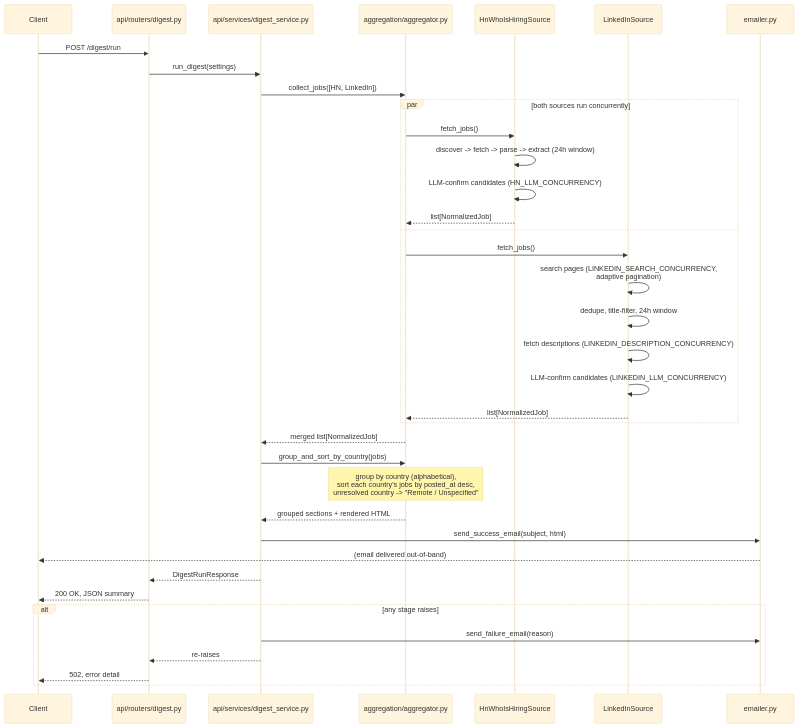
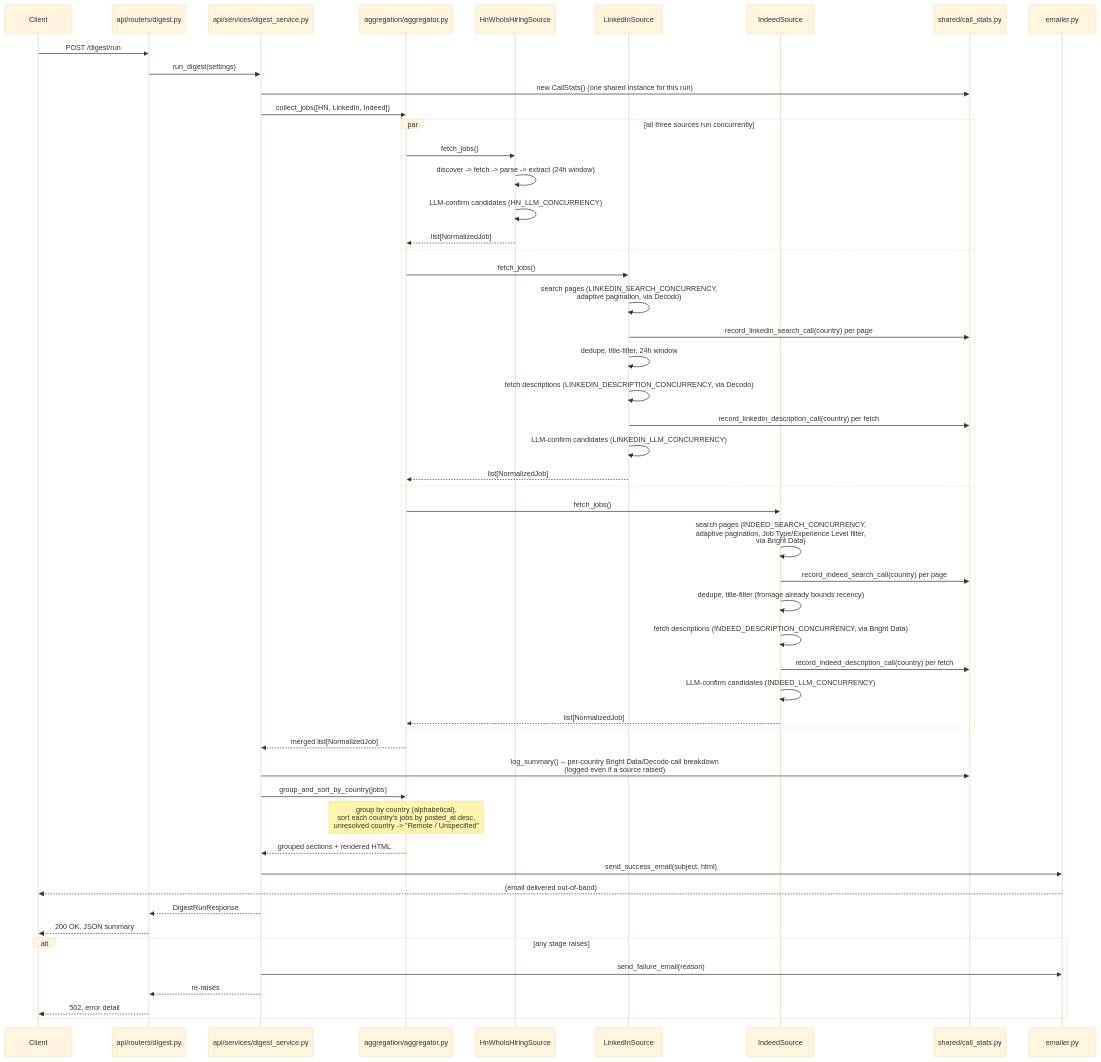
The second of 2 diagrams in ARCHITECTURE.md (shubham-arora-18/visa_jobs_service), drawn with Mermaid (base theme) before and after one commit. The commit also changed other lines of this file and 43 other files, not shown here.

First line of the commit message:
Add Indeed as a third job source (via Bright Data) with a combined call-stats tracker

````diff
--- a/ARCHITECTURE.md
+++ b/ARCHITECTURE.md
@@ -84,41 +108,56 @@
 ```mermaid
 sequenceDiagram
     participant Client
     participant Router as api/routers/digest.py
     participant Service as api/services/digest_service.py
     participant Agg as aggregation/aggregator.py
     participant HN as HnWhoIsHiringSource
     participant LI as LinkedInSource
+    participant IN as IndeedSource
+    participant Stats as shared/call_stats.py
     participant Mail as emailer.py
 
     Client->>Router: POST /digest/run
     Router->>Service: run_digest(settings)
-    Service->>Agg: collect_jobs([HN, LinkedIn])
-    par both sources run concurrently
+    Service->>Stats: new CallStats() (one shared instance for this run)
+    Service->>Agg: collect_jobs([HN, LinkedIn, Indeed])
+    par all three sources run concurrently
         Agg->>HN: fetch_jobs()
         HN->>HN: discover -> fetch -> parse -> extract (24h window)
         HN->>HN: LLM-confirm candidates (HN_LLM_CONCURRENCY)
         HN-->>Agg: list[NormalizedJob]
     and
         Agg->>LI: fetch_jobs()
-        LI->>LI: search pages (LINKEDIN_SEARCH_CONCURRENCY,<br/>adaptive pagination)
+        LI->>LI: search pages (LINKEDIN_SEARCH_CONCURRENCY,<br/>adaptive pagination, via Decodo)
+        LI->>Stats: record_linkedin_search_call(country) per page
         LI->>LI: dedupe, title-filter, 24h window
-        LI->>LI: fetch descriptions (LINKEDIN_DESCRIPTION_CONCURRENCY)
+        LI->>LI: fetch descriptions (LINKEDIN_DESCRIPTION_CONCURRENCY, via Decodo)
+        LI->>Stats: record_linkedin_description_call(country) per fetch
         LI->>LI: LLM-confirm candidates (LINKEDIN_LLM_CONCURRENCY)
         LI-->>Agg: list[NormalizedJob]
+    and
+        Agg->>IN: fetch_jobs()
+        IN->>IN: search pages (INDEED_SEARCH_CONCURRENCY,<br/>adaptive pagination, Job Type/Experience Level filter,<br/>via Bright Data)
+        IN->>Stats: record_indeed_search_call(country) per page
+        IN->>IN: dedupe, title-filter (fromage already bounds recency)
+        IN->>IN: fetch descriptions (INDEED_DESCRIPTION_CONCURRENCY, via Bright Data)
+        IN->>Stats: record_indeed_description_call(country) per fetch
+        IN->>IN: LLM-confirm candidates (INDEED_LLM_CONCURRENCY)
+        IN-->>Agg: list[NormalizedJob]
     end
     Agg-->>Service: merged list[NormalizedJob]
+    Service->>Stats: log_summary() -- per-country Bright Data/Decodo call breakdown<br/>(logged even if a source raised)
     Service->>Agg: group_and_sort_by_country(jobs)
     Note over Agg: group by country (alphabetical),<br/>sort each country's jobs by posted_at desc,<br/>unresolved country -> "Remote / Unspecified"
     Agg-->>Service: grouped sections + rendered HTML
     Service->>Mail: send_success_email(subject, html)
     Mail-->>Client: (email delivered out-of-band)
     Service-->>Router: DigestRunResponse
     Router-->>Client: 200 OK, JSON summary
 
     alt any stage raises
         Service->>Mail: send_failure_email(reason)
         Service-->>Router: re-raises
         Router-->>Client: 502, error detail
     end
 ```
````
